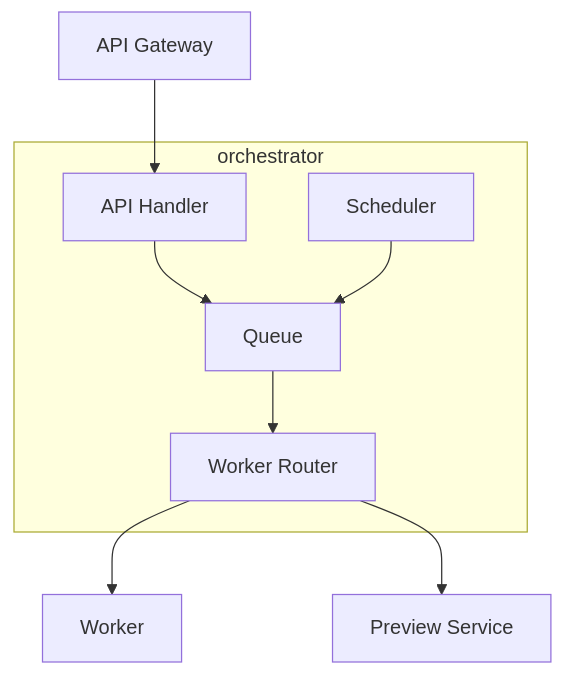
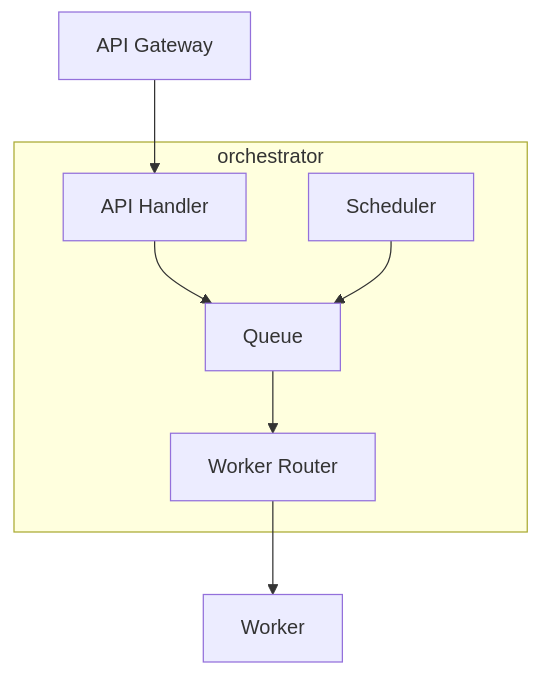
The diagram in orchestrator/README.md (Don-Yin/timeline-craft), drawn with Mermaid before and after one commit. The commit also changed other lines of this file and 20 other files, not shown here.

````diff
--- a/orchestrator/README.md
+++ b/orchestrator/README.md
@@ -18,18 +17,16 @@
 ```mermaid
 graph TB
   subgraph "orchestrator"
     APIH[API Handler]
     QUEUE[Queue]
     SCHED[Scheduler]
     ROUTE[Worker Router]
   end
   API[API Gateway]
   WRK[Worker]
-  PREV[Preview Service]
   API --> APIH
   APIH --> QUEUE
   SCHED --> QUEUE
   QUEUE --> ROUTE
   ROUTE --> WRK
-  ROUTE --> PREV
 ```
````
